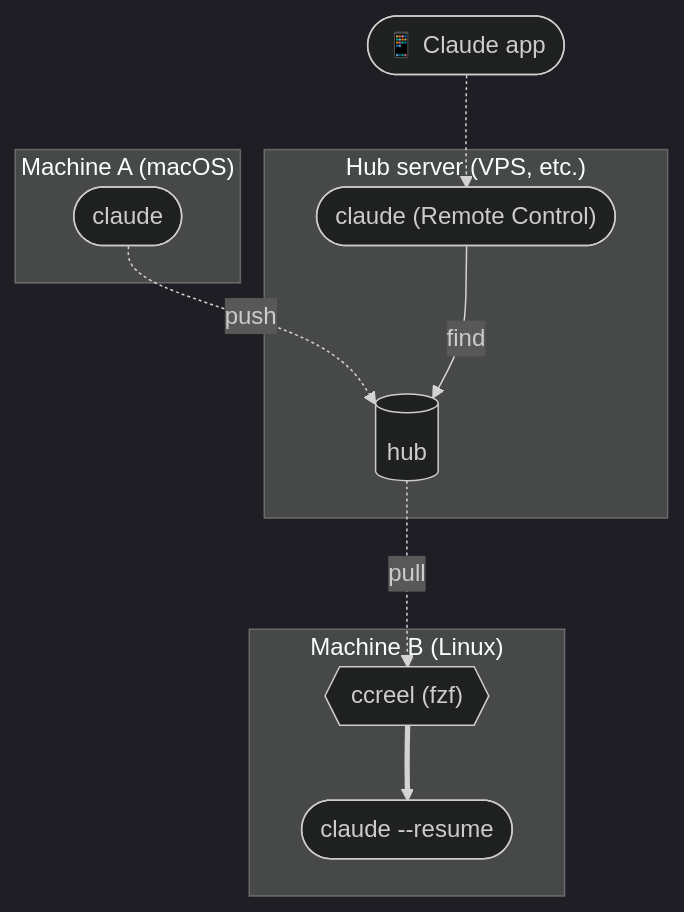
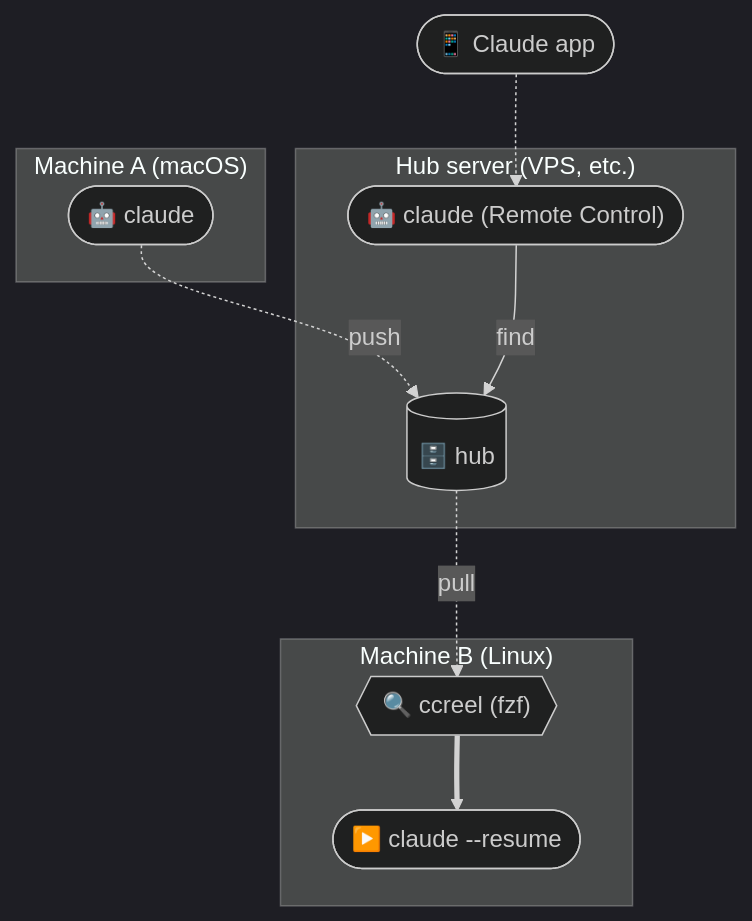
Before and after one commit to yktsnet/ccreel: the diagram in README.en.md, drawn with Mermaid (dark theme). The commit also changed 2 other files, not shown here.

Commit message:
docs: add an emoji to each Mermaid node (#36)

````diff
--- a/README.en.md
+++ b/README.en.md
@@ -52,16 +52,16 @@
 ```mermaid
 flowchart TD
   subgraph A["Machine A (macOS)"]
-    ca(["claude"])
+    ca(["🤖 claude"])
   end
   subgraph S["Hub server (VPS, etc.)"]
-    hub[("hub")]
-    rc(["claude (Remote Control)"])
+    hub[("🗄️ hub")]
+    rc(["🤖 claude (Remote Control)"])
   end
   subgraph B["Machine B (Linux)"]
-    fb{{"ccreel (fzf)"}} ==> rb(["claude --resume"])
+    fb{{"🔍 ccreel (fzf)"}} ==> rb(["▶️ claude --resume"])
   end
   phone(["📱 Claude app"])
   ca -.->|push| hub -.->|pull| fb
   phone -.-> rc -->|find| hub
 ```
````
